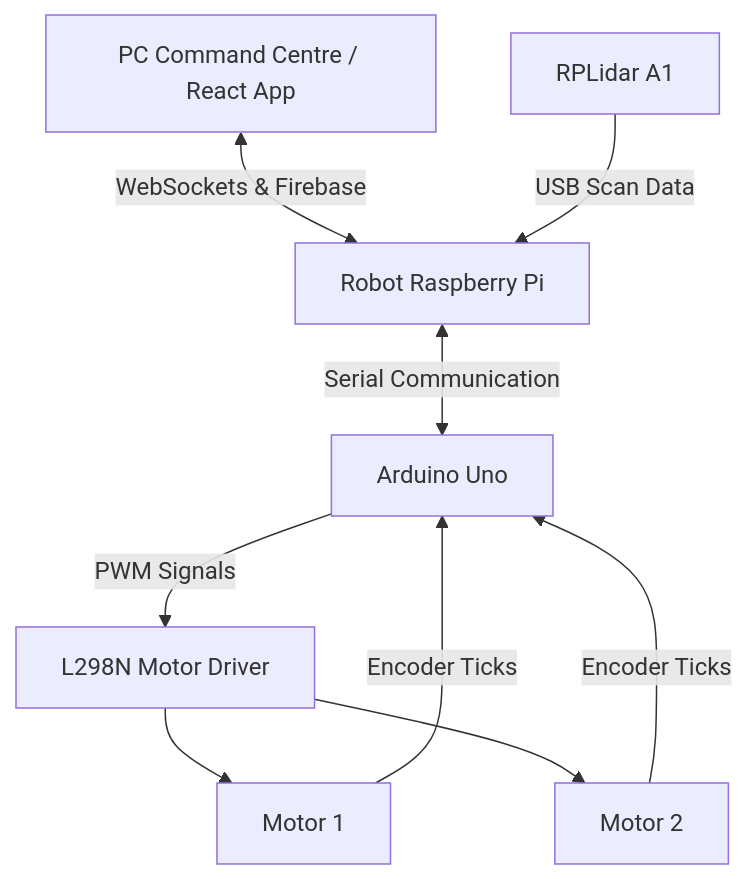
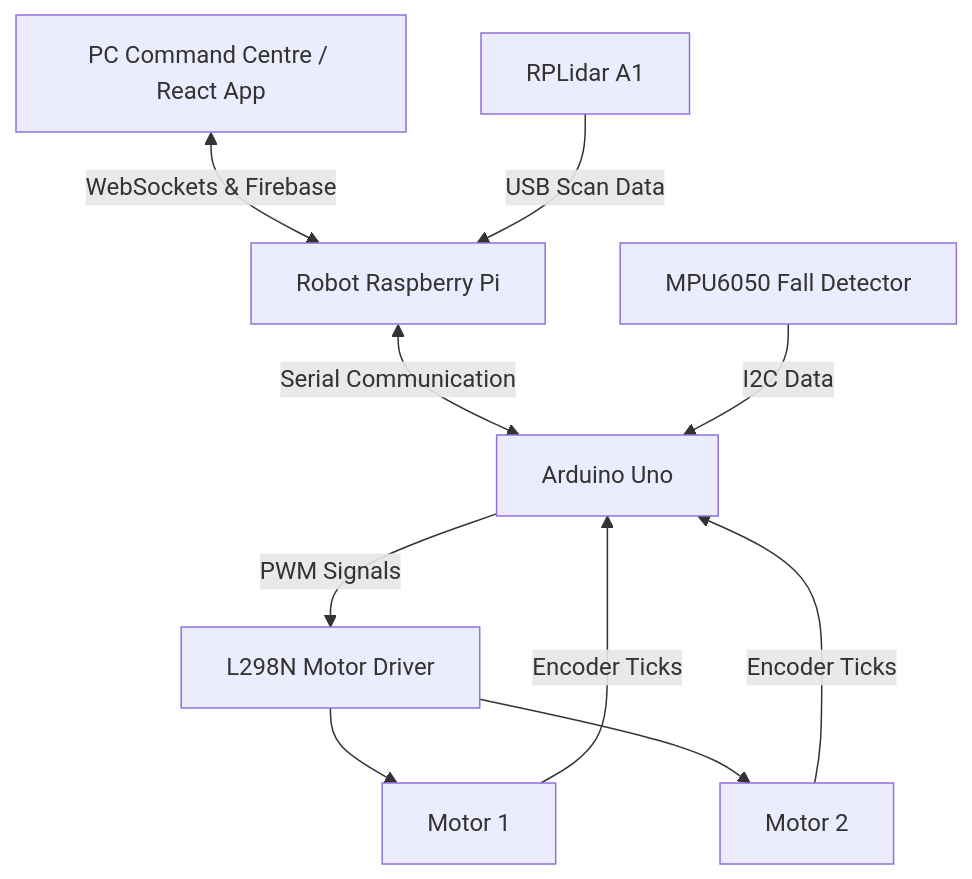
One commit to abdulrahimzulfiqar/ROS2-Autonomous-Wheelchair changed the diagram in README.md. Above: the diagram before and after it, drawn with Mermaid.

Commit message:
Add IMU to Architecture flowchart

````diff
--- a/README.md
+++ b/README.md
@@ -94,11 +94,12 @@
 ```mermaid
 graph TD;
     PCC[PC Command Centre / React App] <-->|WebSockets & Firebase| Pi[Robot Raspberry Pi]
     Lidar[RPLidar A1] -->|USB Scan Data| Pi
     Pi <-->|Serial Communication| Arduino[Arduino Uno]
     Arduino -->|PWM Signals| Driver[L298N Motor Driver]
     Driver --> Motor1[Motor 1]
     Driver --> Motor2[Motor 2]
     Motor1 -->|Encoder Ticks| Arduino
     Motor2 -->|Encoder Ticks| Arduino
+    IMU[MPU6050 Fall Detector] -->|I2C Data| Arduino
 ```
````
